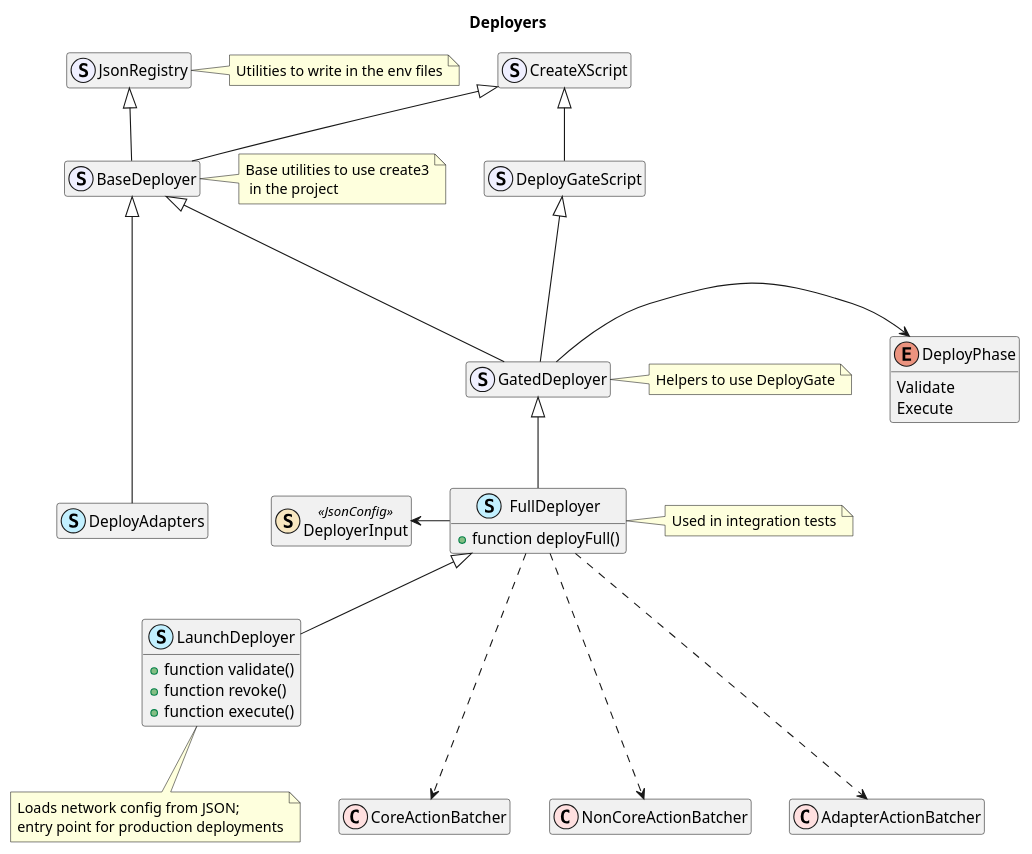
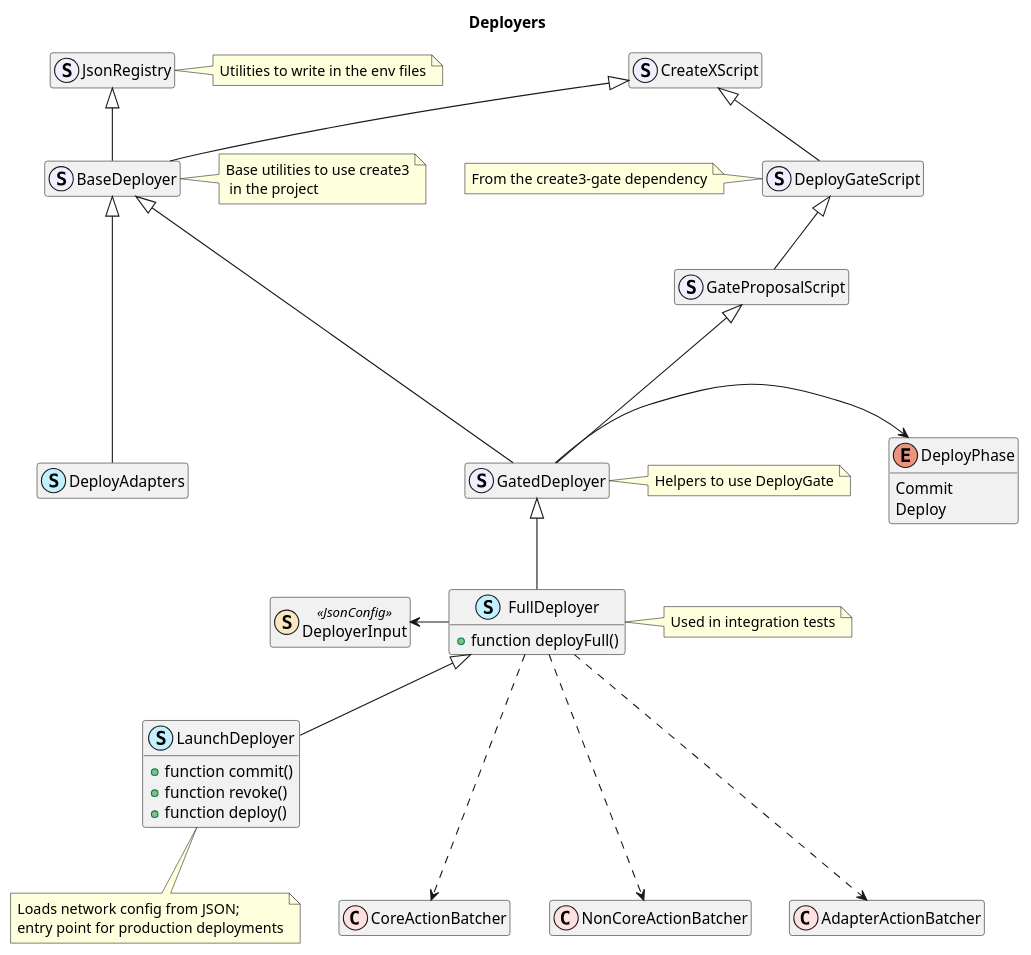
Before and after one commit to centrifuge/protocol: the diagram in docs/architecture/deployers.puml, drawn with PlantUML. The commit also changed 26 other files, not shown here.

Commit message:
Remove deploy gate ownership from the repo (#343)

```diff
--- a/docs/architecture/deployers.puml
+++ b/docs/architecture/deployers.puml
@@ -1,58 +1,61 @@
 @startuml deployers
 title Deployers
 hide empty members
 
 class JsonRegistry << (S, motivation) >>
 class CreateXScript << (S, motivation) >>
 class DeployGateScript << (S, motivation) >>
+class GateProposalScript << (S, motivation) >>
 
 class BaseDeployer << (S, motivation) >>
 class GatedDeployer << (S, motivation) >>
 
 class DeployAdapters << (S, application) >>
 
 class FullDeployer  << (S, application) >> {
     + function deployFull()
 }
 class LaunchDeployer  << (S, application) >> {
-    + function validate()
+    + function commit()
     + function revoke()
-    + function execute()
+    + function deploy()
 }
 
 class CoreActionBatcher << (C, implementation) >>
 class NonCoreActionBatcher << (C, implementation) >>
 class AdapterActionBatcher << (C, implementation) >>
 
 class DeployerInput << (S,strategy) JsonConfig >>
 
 enum DeployPhase {
-    Validate
-    Execute
+    Commit
+    Deploy
 }
 
 BaseDeployer -up-|> JsonRegistry
 BaseDeployer -up-|> CreateXScript
 DeployGateScript -up-|> CreateXScript
+GateProposalScript -up-|> DeployGateScript
 
 GatedDeployer --up-|> BaseDeployer
-GatedDeployer --up-|> DeployGateScript
+GatedDeployer --up-|> GateProposalScript
 FullDeployer -up-|> GatedDeployer
 LaunchDeployer -up-|> FullDeployer
 
 DeployAdapters ---up-|> BaseDeployer
 
 GatedDeployer -right> DeployPhase
 FullDeployer -left> DeployerInput
 
 FullDeployer ...> CoreActionBatcher
 FullDeployer ...> NonCoreActionBatcher
 FullDeployer ...> AdapterActionBatcher
 
 note right of JsonRegistry: Utilities to write in the env files
+note left of DeployGateScript: From the create3-gate dependency
 note right of BaseDeployer: Base utilities to use create3\n in the project
 note right of GatedDeployer: Helpers to use DeployGate
 note right of FullDeployer: Used in integration tests
 note bottom of LaunchDeployer: Loads network config from JSON;\nentry point for production deployments
 
 @enduml
```
